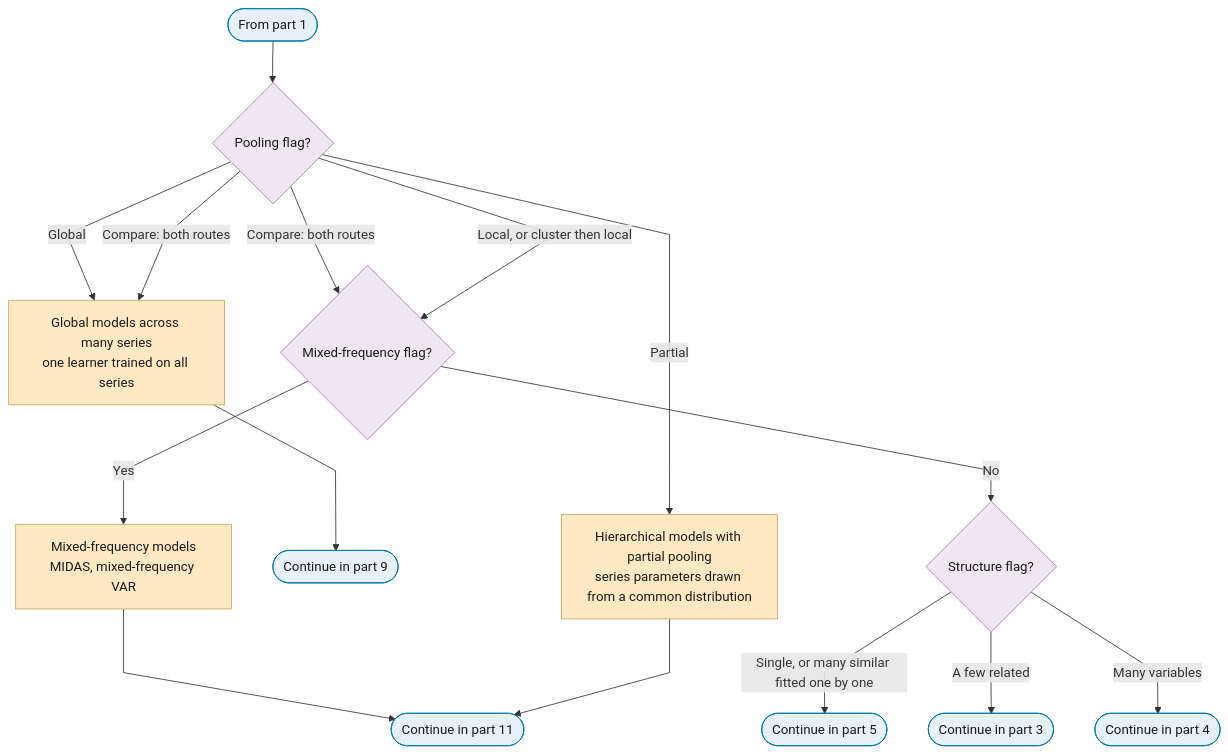
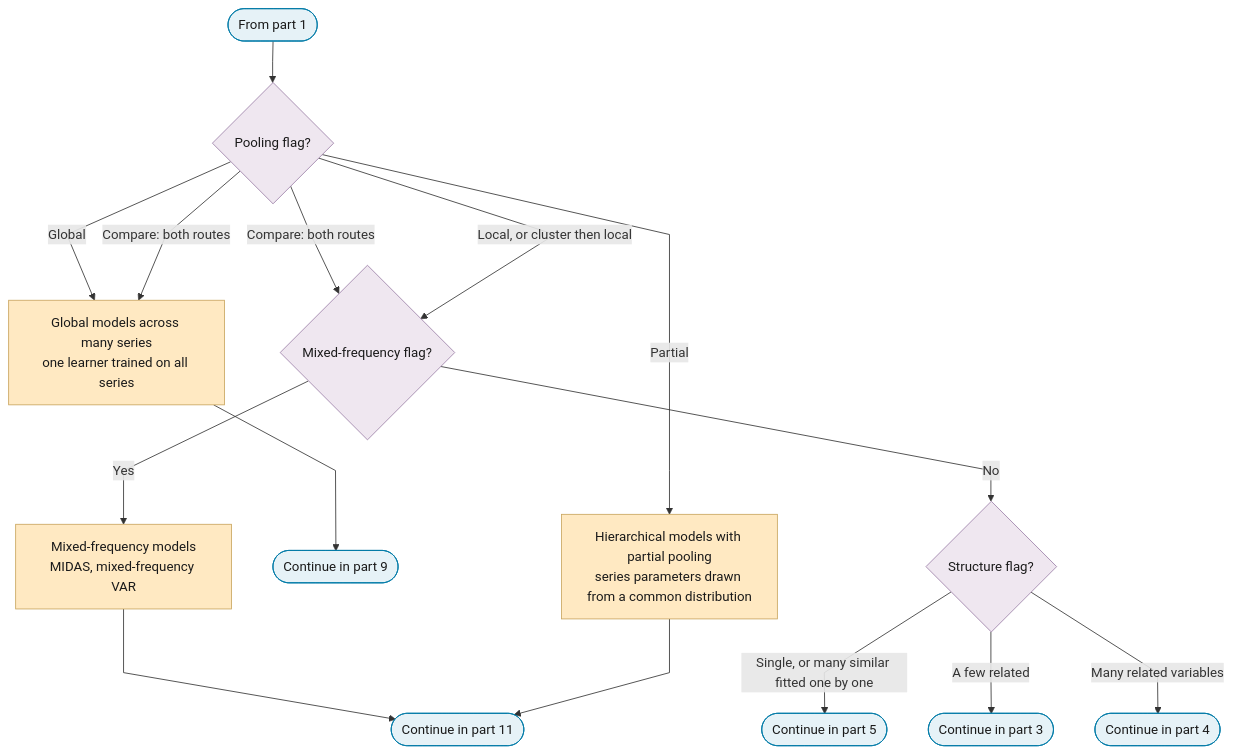
Before and after one commit to Shuxin-Y/time-series-analysis-manual: the second of 12 diagrams in docs/01-workflow/p06-mean-model-class.md, drawn with Mermaid. The commit also changed other lines of this file and 17 other files, not shown here.

First line of the commit message:
fix(charts): round-3 review fixes to seasonality, thresholds and branch flags

````diff
--- a/docs/01-workflow/p06-mean-model-class.md
+++ b/docs/01-workflow/p06-mean-model-class.md
@@ -41,28 +41,28 @@
 ```mermaid
 %%{init: {"flowchart": {"curve": "linear"}}}%%
 graph TD
     P6_PART_2_IN(["From part 1"]) --> P6_POOLING{"Pooling flag?"}
     P6_POOLING -->|"Global"| P6_GLOBAL_MODELS["Global models across many series<br/>one learner trained on all series"]
     P6_POOLING -->|"Compare: both routes"| P6_GLOBAL_MODELS
     P6_POOLING -->|"Compare: both routes"| P6_MIXED_Q
     P6_POOLING -->|"Local, or cluster then local"| P6_MIXED_Q{"Mixed-frequency flag?"}
     P6_POOLING -->|"Partial"| P6_PARTIAL_POOLING["Hierarchical models with partial pooling<br/>series parameters drawn from a common distribution"]
     P6_GLOBAL_MODELS --> P6_TO_PART_9(["Continue in part 9"])
     P6_MIXED_Q -->|"Yes"| P6_MIXED_FREQUENCY["Mixed-frequency models<br/>MIDAS, mixed-frequency VAR"]
     P6_MIXED_Q -->|"No"| P6_STRUCTURE_Q{"Structure flag?"}
     P6_STRUCTURE_Q -->|"Single, or many similar fitted one by one"| P6_TO_PART_5(["Continue in part 5"])
     P6_STRUCTURE_Q -->|"A few related"| P6_TO_PART_3(["Continue in part 3"])
-    P6_STRUCTURE_Q -->|"Many variables"| P6_TO_PART_4(["Continue in part 4"])
+    P6_STRUCTURE_Q -->|"Many related variables"| P6_TO_PART_4(["Continue in part 4"])
     P6_MIXED_FREQUENCY & P6_PARTIAL_POOLING --> P6_PART_2_OUT(["Continue in part 11"])
     class P6_GLOBAL_MODELS,P6_PARTIAL_POOLING,P6_MIXED_FREQUENCY escalate
     class P6_PART_2_IN,P6_TO_PART_9,P6_TO_PART_5,P6_TO_PART_3,P6_TO_PART_4,P6_PART_2_OUT terminator
     class P6_POOLING,P6_MIXED_Q,P6_STRUCTURE_Q decision
     classDef terminator fill:#E6F2F7,stroke:#007BA7,color:#1A1A1A;
     classDef process fill:#FFFFFF,stroke:#5A6B73,color:#1A1A1A;
     classDef decision fill:#EFE7F0,stroke:#9B7FA7,color:#1A1A1A;
     classDef data fill:#FFF4E0,stroke:#C9A55E,color:#1A1A1A;
     classDef good fill:#DCEFD8,stroke:#4A7A3F,color:#1A1A1A;
     classDef escalate fill:#FFE9C2,stroke:#C9A55E,color:#1A1A1A;
     classDef problem fill:#F2D9DE,stroke:#800020,color:#1A1A1A;
     classDef ref fill:#F7F7F7,stroke:#5A6B73,color:#1A1A1A,stroke-dasharray:4 3;
 ```
````
